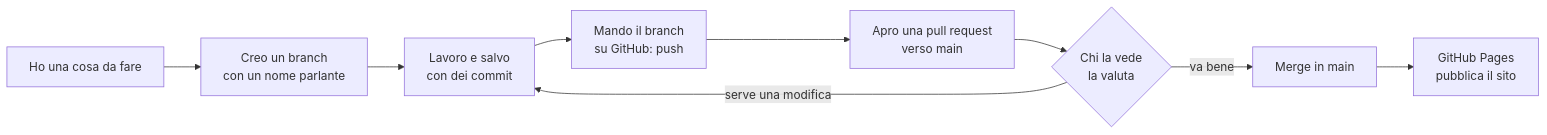
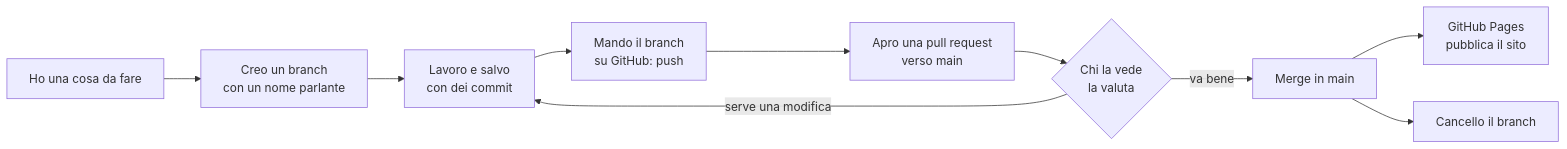
One commit to infonodesETS/manintheloop changed the first of 5 diagrams in WORKFLOW.md. Above: the diagram before and after it, drawn with Mermaid. The commit also changed other lines of this file, not shown here.

First line of the commit message:
WORKFLOW.md: a PR mergiata si cancella il branch

````diff
--- a/WORKFLOW.md
+++ b/WORKFLOW.md
@@ -29,11 +29,12 @@
 ```mermaid
 flowchart LR
     A[Ho una cosa da fare] --> B[Creo un branch<br/>con un nome parlante]
     B --> C[Lavoro e salvo<br/>con dei commit]
     C --> D[Mando il branch<br/>su GitHub: push]
     D --> E[Apro una pull request<br/>verso main]
     E --> F{Chi la vede<br/>la valuta}
     F -->|va bene| G[Merge in main]
     F -->|serve una modifica| C
     G --> H[GitHub Pages<br/>pubblica il sito]
+    G --> I[Cancello il branch]
 ```
````
